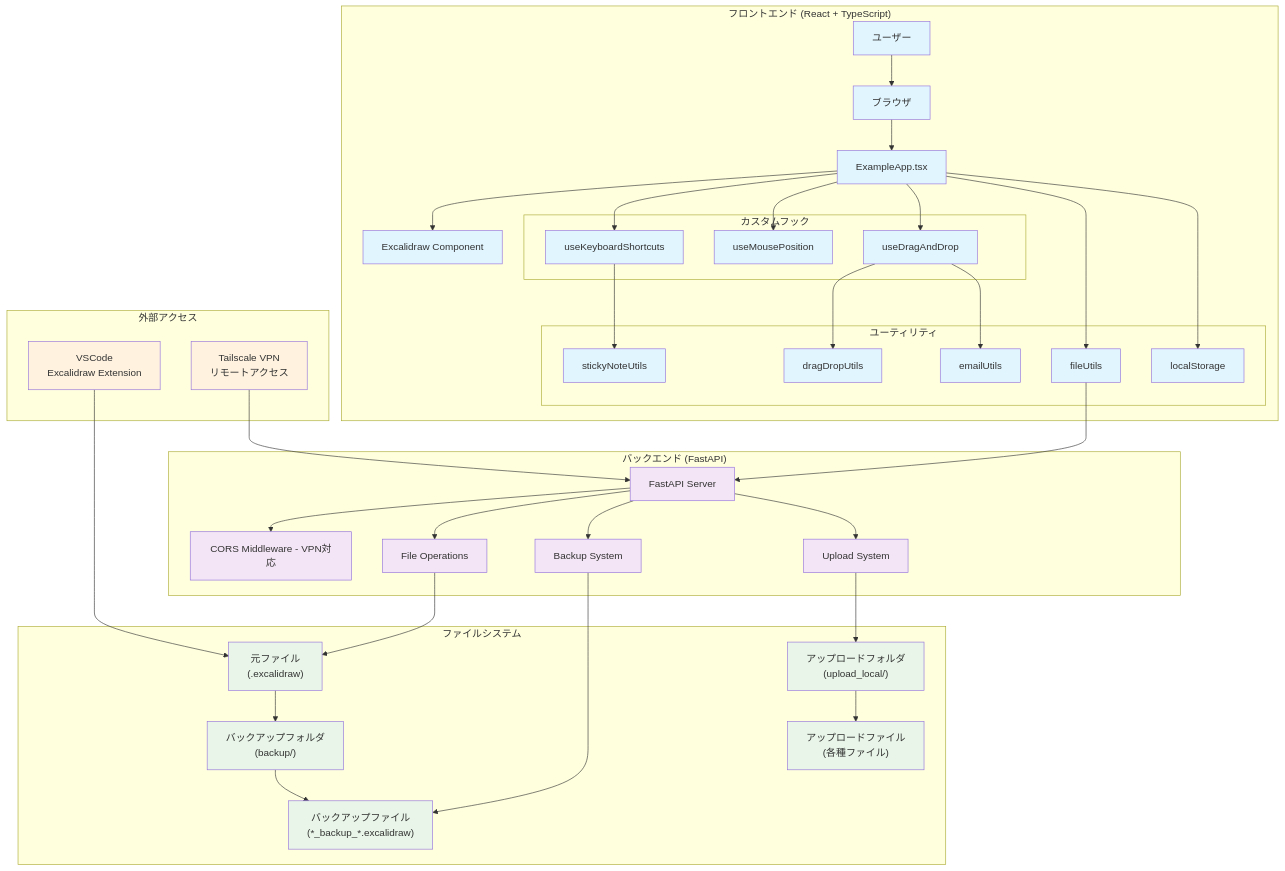
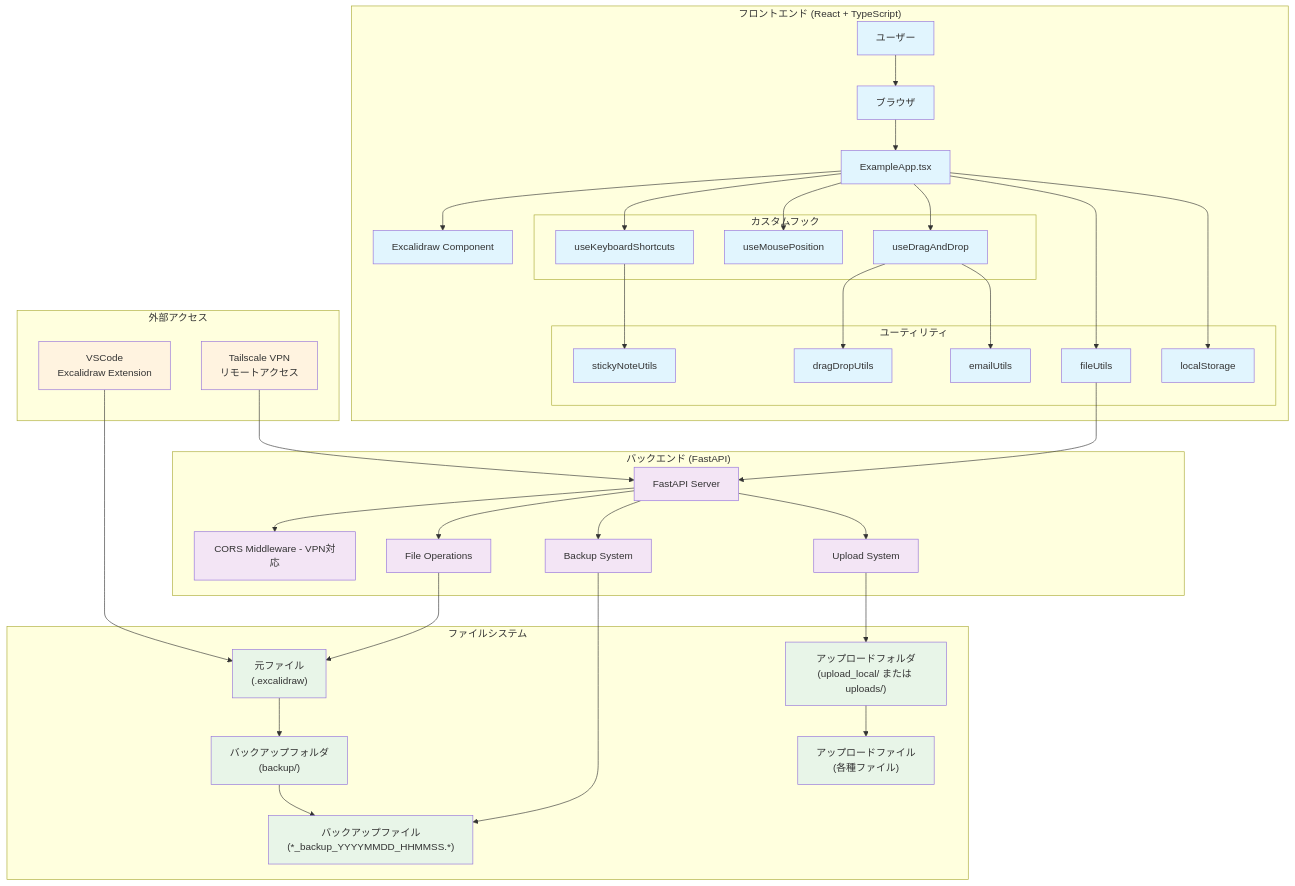
Before and after one commit to myao9494/excalidraw_myao9494: the first of 6 diagrams in docs/architecture.md, drawn with Mermaid. The commit also changed other lines of this file and 209 other files, not shown here.

````diff
--- a/docs/architecture.md
+++ b/docs/architecture.md
@@ -5,80 +5,80 @@
 ```mermaid
 graph TB
     subgraph "フロントエンド (React + TypeScript)"
         A[ユーザー] --> B[ブラウザ]
         B --> C[ExampleApp.tsx]
         C --> D[Excalidraw Component]
         
         subgraph "カスタムフック"
             E[useKeyboardShortcuts]
             F[useMousePosition]
             G[useDragAndDrop]
         end
         
         subgraph "ユーティリティ"
             H[stickyNoteUtils]
             I[fileUtils]
             J[localStorage]
             K[dragDropUtils]
             L[emailUtils]
         end
         
         C --> E
         C --> F
         C --> G
         E --> H
         G --> K
         G --> L
         C --> I
         C --> J
     end
     
     subgraph "バックエンド (FastAPI)"
         M[FastAPI Server]
         N[CORS Middleware - VPN対応]
         O[File Operations]
         P[Backup System]
         Q[Upload System]
         
         M --> N
         M --> O
         M --> P
         M --> Q
     end
     
     subgraph "ファイルシステム"
         R["元ファイル<br/>(.excalidraw)"]
         S["バックアップフォルダ<br/>(backup/)"]
-        T["バックアップファイル<br/>(*_backup_*.excalidraw)"]
-        U["アップロードフォルダ<br/>(upload_local/)"]
+        T["バックアップファイル<br/>(*_backup_YYYYMMDD_HHMMSS.*)"]
+        U["アップロードフォルダ<br/>(upload_local/ または uploads/)"]
         V["アップロードファイル<br/>(各種ファイル)"]
         
         R --> S
         S --> T
         U --> V
     end
     
     subgraph "外部アクセス"
         W["VSCode<br/>Excalidraw Extension"]
         X["Tailscale VPN<br/>リモートアクセス"]
     end
     
     %% 接続関係
     I --> M
     O --> R
     P --> T
     Q --> U
     W --> R
     X --> M
     
     %% スタイル
     classDef frontend fill:#e1f5fe
     classDef backend fill:#f3e5f5
     classDef filesystem fill:#e8f5e8
     classDef external fill:#fff3e0
     
     class A,B,C,D,E,F,G,H,I,J,K,L frontend
     class M,N,O,P,Q backend
     class R,S,T,U,V filesystem
     class W,X external
 ```
````
